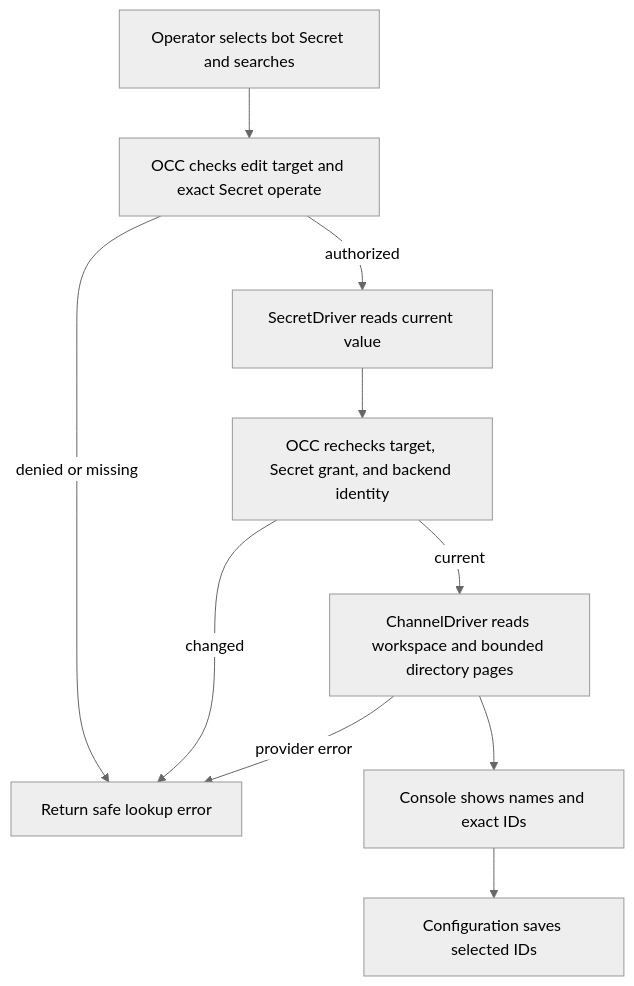
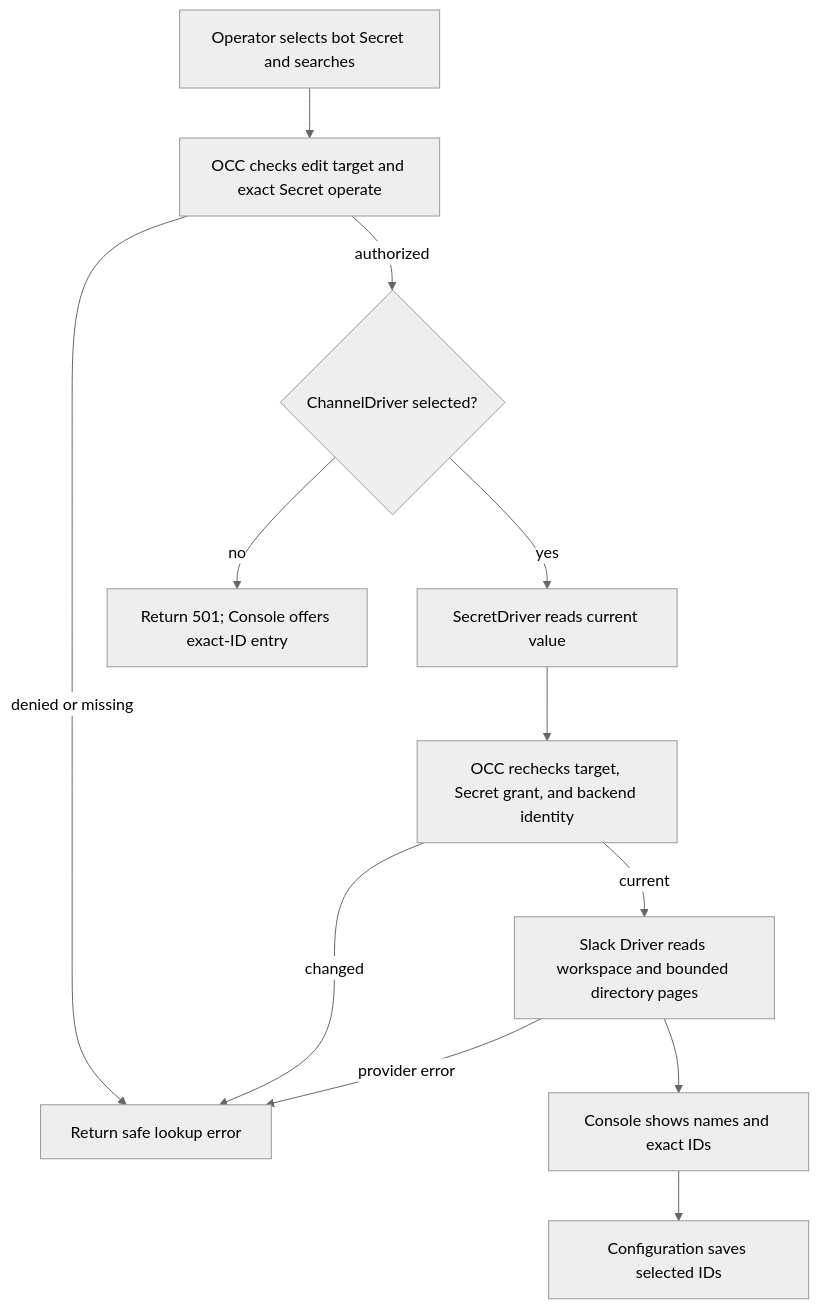
Before and after one commit to IsaiahStapleton/openclaw-enterprise: the diagram in docs/flows/agent-channel-directory.md, drawn with Mermaid (neutral theme). The commit also changed other lines of this file and 17 other files, not shown here.

Commit message:
Route production Slack directory calls through API egress proxy

````diff
--- a/docs/flows/agent-channel-directory.md
+++ b/docs/flows/agent-channel-directory.md
@@ -30,12 +30,14 @@
 ```mermaid
 graph TD
   A["Operator selects bot Secret and searches"] --> B["OCC checks edit target and exact Secret operate"]
   B -->|denied or missing| X["Return safe lookup error"]
-  B -->|authorized| C["SecretDriver reads current value"]
+  B -->|authorized| P{"ChannelDriver selected?"}
+  P -->|no| U["Return 501; Console offers exact-ID entry"]
+  P -->|yes| C["SecretDriver reads current value"]
   C --> D["OCC rechecks target, Secret grant, and backend identity"]
   D -->|changed| X
-  D -->|current| E["ChannelDriver reads workspace and bounded directory pages"]
+  D -->|current| E["Slack Driver reads workspace and bounded directory pages"]
   E -->|provider error| X
   E --> F["Console shows names and exact IDs"]
   F --> G["Configuration saves selected IDs"]
 ```
````
